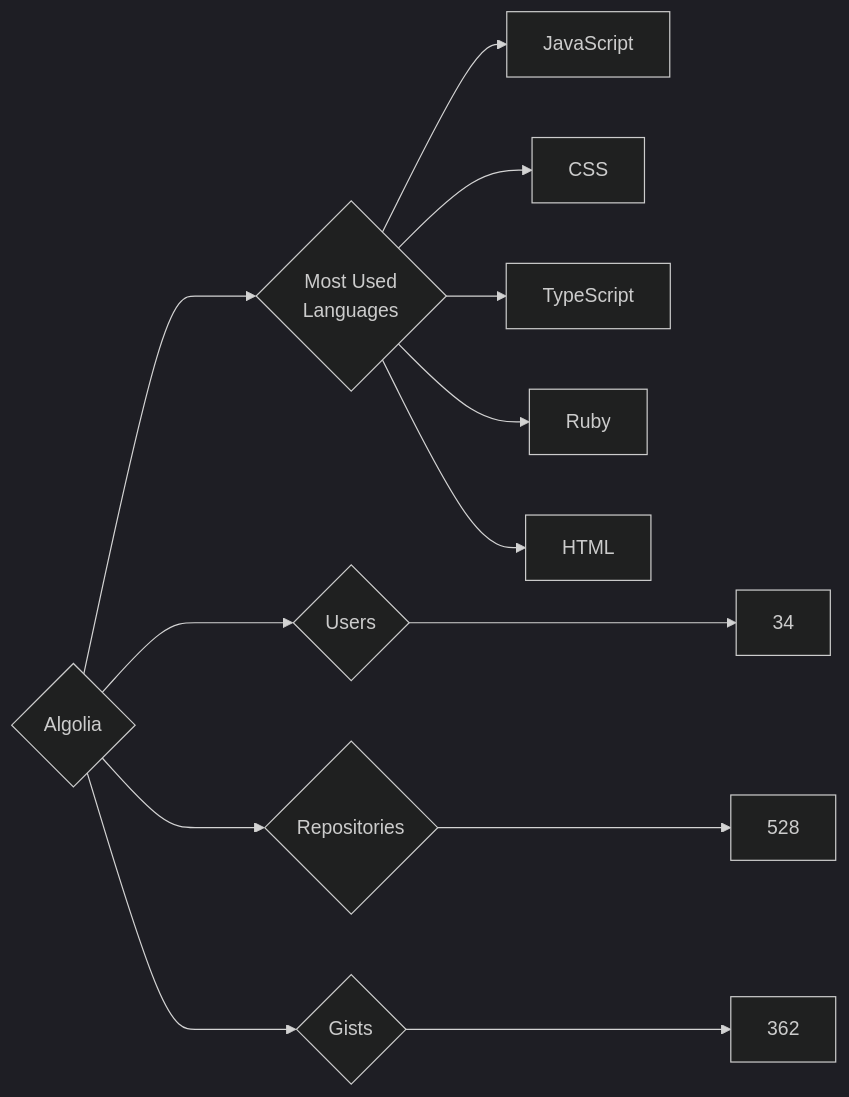
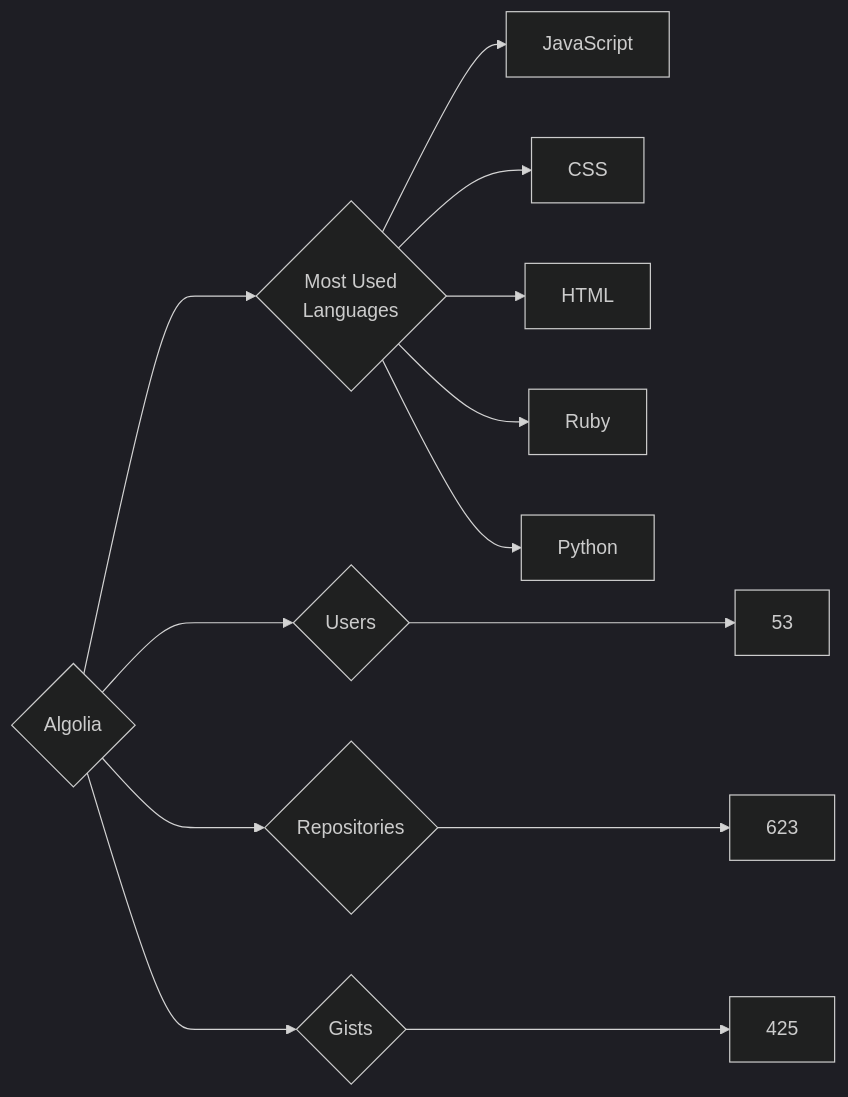
The diagram in targets/Algolia/README.md (trickest/insiders), drawn with Mermaid (dark theme) before and after one commit. The commit also changed 1084 other files, not shown here.

````diff
--- a/targets/Algolia/README.md
+++ b/targets/Algolia/README.md
@@ -3,13 +3,13 @@
 ```mermaid
 graph LR
 COMPANY_NAME{Algolia}
-COMPANY_NAME ---> U{Users} ---> UN[34]
-COMPANY_NAME ---> R{Repositories} ---> RN[528]
-COMPANY_NAME ---> G{Gists} ---> GN[362]
+COMPANY_NAME ---> U{Users} ---> UN[53]
+COMPANY_NAME ---> R{Repositories} ---> RN[623]
+COMPANY_NAME ---> G{Gists} ---> GN[425]
 COMPANY_NAME ---> ML{Most Used<br>Languages}
 ML --> JavaScript[JavaScript]
 ML --> CSS[CSS]
-ML --> TypeScript[TypeScript]
+ML --> HTML[HTML]
 ML --> Ruby[Ruby]
-ML --> HTML[HTML]
+ML --> Python[Python]
 ```
````
